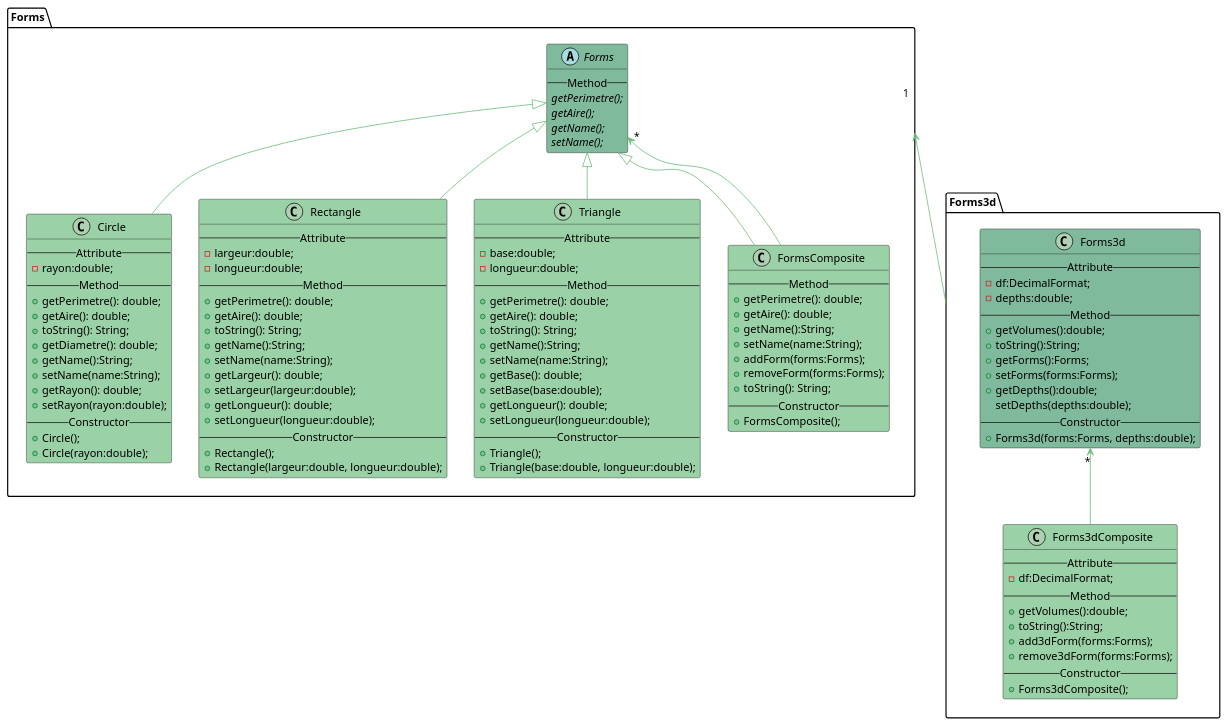
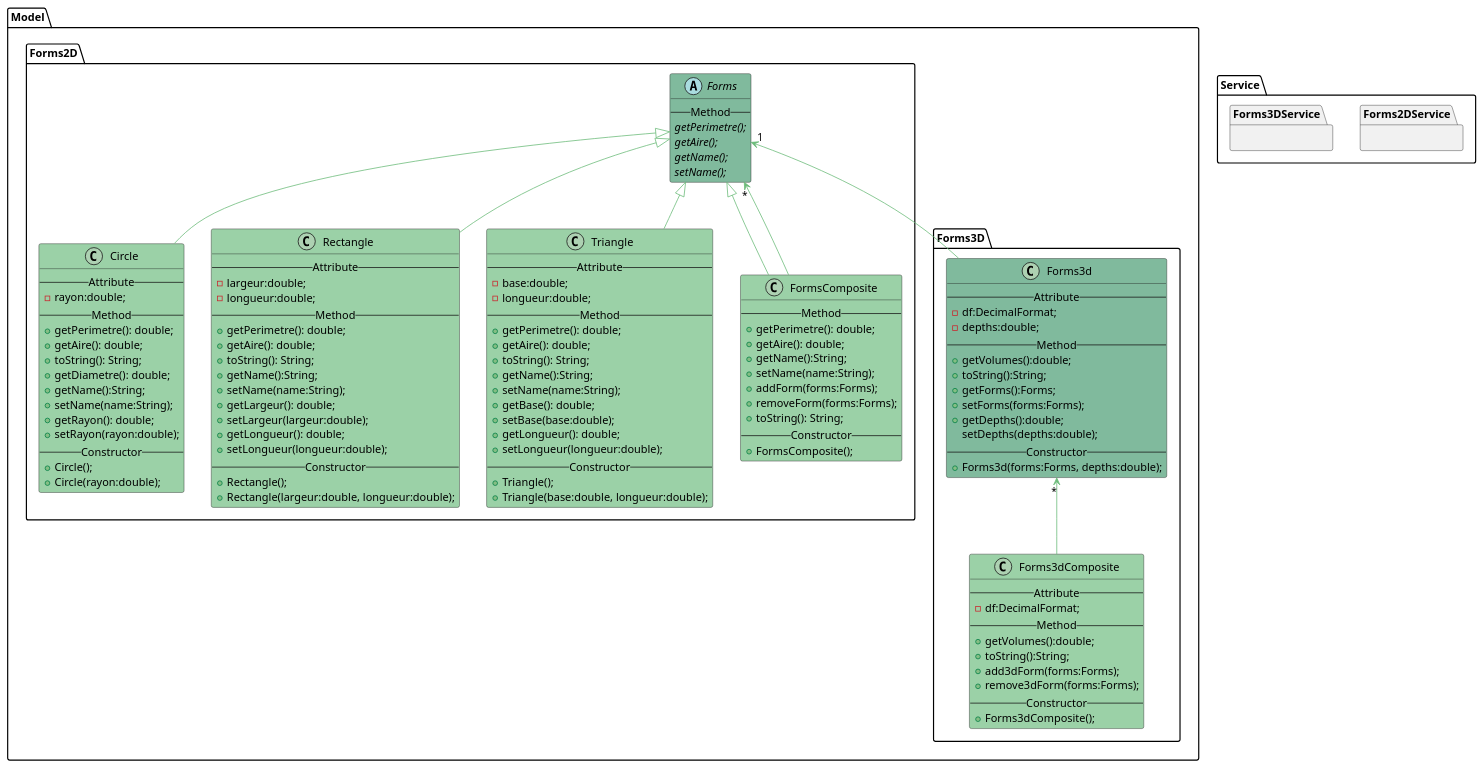
One commit to BSamet/fil_rouge_4.0.2 changed the diagram in filrouge_402-BACK/FilRougeBack402/umlFilRouge.puml. Above: the diagram before and after it, drawn with PlantUML. The commit also changed 3 other files, not shown here.

```diff
--- a/filrouge_402-BACK/FilRougeBack402/umlFilRouge.puml
+++ b/filrouge_402-BACK/FilRougeBack402/umlFilRouge.puml
@@ -1,118 +1,127 @@
 @startuml
 
-package "Forms" {
-    abstract class Forms #80BA9D {
-        --Method--
-        {abstract} getPerimetre();
-        {abstract} getAire();
-        {abstract} getName();
-        {abstract} setName();
+package "Model" {
+    package "Forms2D" {
+        abstract class Forms #80BA9D {
+            --Method--
+            {abstract} getPerimetre();
+            {abstract} getAire();
+            {abstract} getName();
+            {abstract} setName();
+        }
+
+        class Circle #9BD1A7 {
+            --Attribute--
+            -rayon:double;
+            --Method--
+            +getPerimetre(): double;
+            +getAire(): double;
+            +toString(): String;
+            +getDiametre(): double;
+            +getName():String;
+            +setName(name:String);
+            +getRayon(): double;
+            +setRayon(rayon:double);
+            --Constructor--
+            +Circle();
+            +Circle(rayon:double);
+        }
+
+        class Rectangle #9BD1A7 {
+            --Attribute--
+            -largeur:double;
+            -longueur:double;
+            --Method--
+            +getPerimetre(): double;
+            +getAire(): double;
+            +toString(): String;
+            +getName():String;
+            +setName(name:String);
+            +getLargeur(): double;
+            +setLargeur(largeur:double);
+            +getLongueur(): double;
+            +setLongueur(longueur:double);
+            --Constructor--
+            +Rectangle();
+            +Rectangle(largeur:double, longueur:double);
+        }
+
+        class Triangle #9BD1A7 {
+            --Attribute--
+            -base:double;
+            -longueur:double;
+            --Method--
+            +getPerimetre(): double;
+            +getAire(): double;
+            +toString(): String;
+            +getName():String;
+            +setName(name:String);
+            +getBase(): double;
+            +setBase(base:double);
+            +getLongueur(): double;
+            +setLongueur(longueur:double);
+            --Constructor--
+            +Triangle();
+            +Triangle(base:double, longueur:double);
+        }
+
+        class FormsComposite #9BD1A7 {
+            --Method--
+            +getPerimetre(): double;
+            +getAire(): double;
+            +getName():String;
+            +setName(name:String);
+            +addForm(forms:Forms);
+            +removeForm(forms:Forms);
+            +toString(): String;
+            --Constructor--
+            +FormsComposite();
+        }
+            Forms <|-- Circle #6CBB7A
+            Forms <|-- Rectangle #6CBB7A
+            Forms <|-- Triangle #6CBB7A
+            Forms <|-- FormsComposite #6CBB7A
+            Forms "*" <-- FormsComposite #6CBB7A
     }
 
-    class Circle #9BD1A7 {
-        --Attribute--
-        -rayon:double;
-        --Method--
-        +getPerimetre(): double;
-        +getAire(): double;
-        +toString(): String;
-        +getDiametre(): double;
-        +getName():String;
-        +setName(name:String);
-        +getRayon(): double;
-        +setRayon(rayon:double);
-        --Constructor--
-        +Circle();
-        +Circle(rayon:double);
+    package "Forms3D" {
+        class Forms3d #80BA9D {
+            --Attribute--
+            -df:DecimalFormat;
+            -depths:double;
+            --Method--
+            +getVolumes():double;
+            +toString():String;
+            +getForms():Forms;
+            +setForms(forms:Forms);
+            +getDepths():double;
+            setDepths(depths:double);
+            --Constructor--
+            +Forms3d(forms:Forms, depths:double);
+        }
+
+        class Forms3dComposite #9BD1A7 {
+            --Attribute--
+            -df:DecimalFormat;
+            --Method--
+            +getVolumes():double;
+            +toString():String;
+            +add3dForm(forms:Forms);
+            +remove3dForm(forms:Forms);
+            --Constructor--
+            +Forms3dComposite();
+        }
+        Forms3d "*" <-- Forms3dComposite #6CBB7A
     }
-
-    class Rectangle #9BD1A7 {
-        --Attribute--
-        -largeur:double;
-        -longueur:double;
-        --Method--
-        +getPerimetre(): double;
-        +getAire(): double;
-        +toString(): String;
-        +getName():String;
-        +setName(name:String);
-        +getLargeur(): double;
-        +setLargeur(largeur:double);
-        +getLongueur(): double;
-        +setLongueur(longueur:double);
-        --Constructor--
-        +Rectangle();
-        +Rectangle(largeur:double, longueur:double);
-    }
-
-    class Triangle #9BD1A7 {
-        --Attribute--
-        -base:double;
-        -longueur:double;
-        --Method--
-        +getPerimetre(): double;
-        +getAire(): double;
-        +toString(): String;
-        +getName():String;
-        +setName(name:String);
-        +getBase(): double;
-        +setBase(base:double);
-        +getLongueur(): double;
-        +setLongueur(longueur:double);
-        --Constructor--
-        +Triangle();
-        +Triangle(base:double, longueur:double);
-    }
-
-    class FormsComposite #9BD1A7 {
-        --Method--
-        +getPerimetre(): double;
-        +getAire(): double;
-        +getName():String;
-        +setName(name:String);
-        +addForm(forms:Forms);
-        +removeForm(forms:Forms);
-        +toString(): String;
-        --Constructor--
-        +FormsComposite();
-    }
-        Forms <|-- Circle #6CBB7A
-        Forms <|-- Rectangle #6CBB7A
-        Forms <|-- Triangle #6CBB7A
-        Forms <|-- FormsComposite #6CBB7A
-        Forms "*" <-- FormsComposite #6CBB7A
+    Forms "1" <-- Forms3d #6CBB7A
 }
 
-package "Forms3d" {
-    class Forms3d #80BA9D {
-        --Attribute--
-        -df:DecimalFormat;
-        -depths:double;
-        --Method--
-        +getVolumes():double;
-        +toString():String;
-        +getForms():Forms;
-        +setForms(forms:Forms);
-        +getDepths():double;
-        setDepths(depths:double);
-        --Constructor--
-        +Forms3d(forms:Forms, depths:double);
+package "Service" {
+    package "Forms2DService" {
     }
-
-    class Forms3dComposite #9BD1A7 {
-        --Attribute--
-        -df:DecimalFormat;
-        --Method--
-        +getVolumes():double;
-        +toString():String;
-        +add3dForm(forms:Forms);
-        +remove3dForm(forms:Forms);
-        --Constructor--
-        +Forms3dComposite();
+    package "Forms3DService" {
     }
-    Forms3d "*" <-- Forms3dComposite #6CBB7A
 }
-Forms "1" <-- Forms3d #6CBB7A
 
 
 @enduml
```
